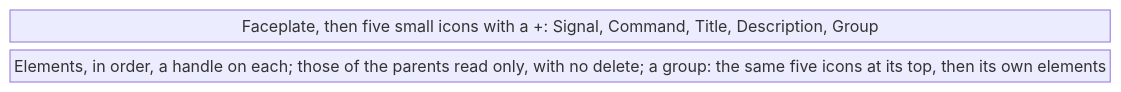
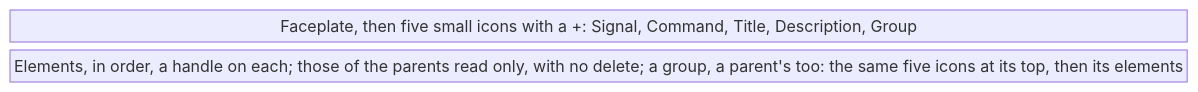
One commit to AlexandreGallais/synoptic-studio-spec changed diagram 11 of 17 in screens/metadata.md. Above: the diagram before and after it, drawn with Mermaid. The commit also changed other lines of this file and 12 other files, not shown here.

````diff
--- a/screens/metadata.md
+++ b/screens/metadata.md
@@ -369,6 +369,6 @@
 ```mermaid
 block-beta
     columns 1
     add["Faceplate, then five small icons with a +: Signal, Command, Title, Description, Group"]
-    items["Elements, in order, a handle on each; those of the parents read only, with no delete; a group: the same five icons at its top, then its own elements"]
+    items["Elements, in order, a handle on each; those of the parents read only, with no delete; a group, a parent's too: the same five icons at its top, then its elements"]
 ```
````
